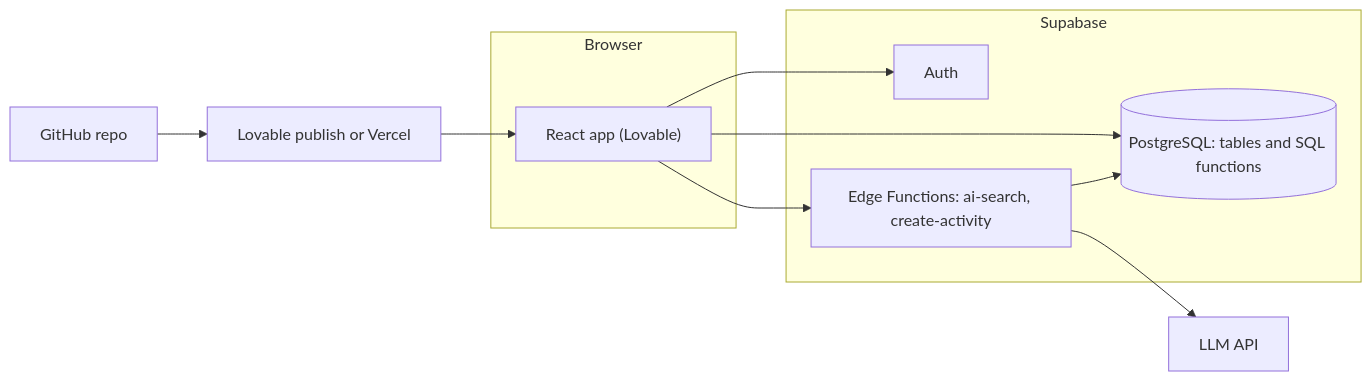
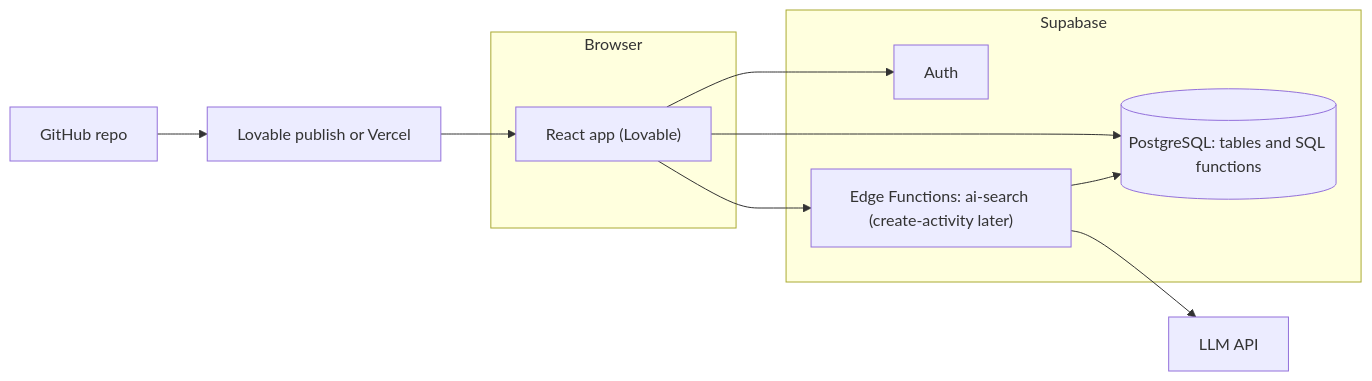
One commit to ElRifeno34/outside-together-codejam changed the seventh of 7 diagrams in PlanOff.md. Above: the diagram before and after it, drawn with Mermaid. The commit also changed other lines of this file and 3 other files, not shown here.

````diff
--- a/PlanOff.md
+++ b/PlanOff.md
@@ -260,22 +280,22 @@
 ```mermaid
 flowchart LR
     subgraph Client["Browser"]
         APP["React app (Lovable)"]
     end
     subgraph Supabase["Supabase"]
         AUTH["Auth"]
-        FN["Edge Functions: ai-search, create-activity"]
+        FN["Edge Functions: ai-search (create-activity later)"]
         PG[("PostgreSQL: tables and SQL functions")]
     end
     LLM["LLM API"]
     HOST["Lovable publish or Vercel"]
     GH["GitHub repo"]
 
     GH --> HOST
     HOST --> APP
     APP --> AUTH
     APP --> PG
     APP --> FN
     FN --> PG
     FN --> LLM
 ```
````
